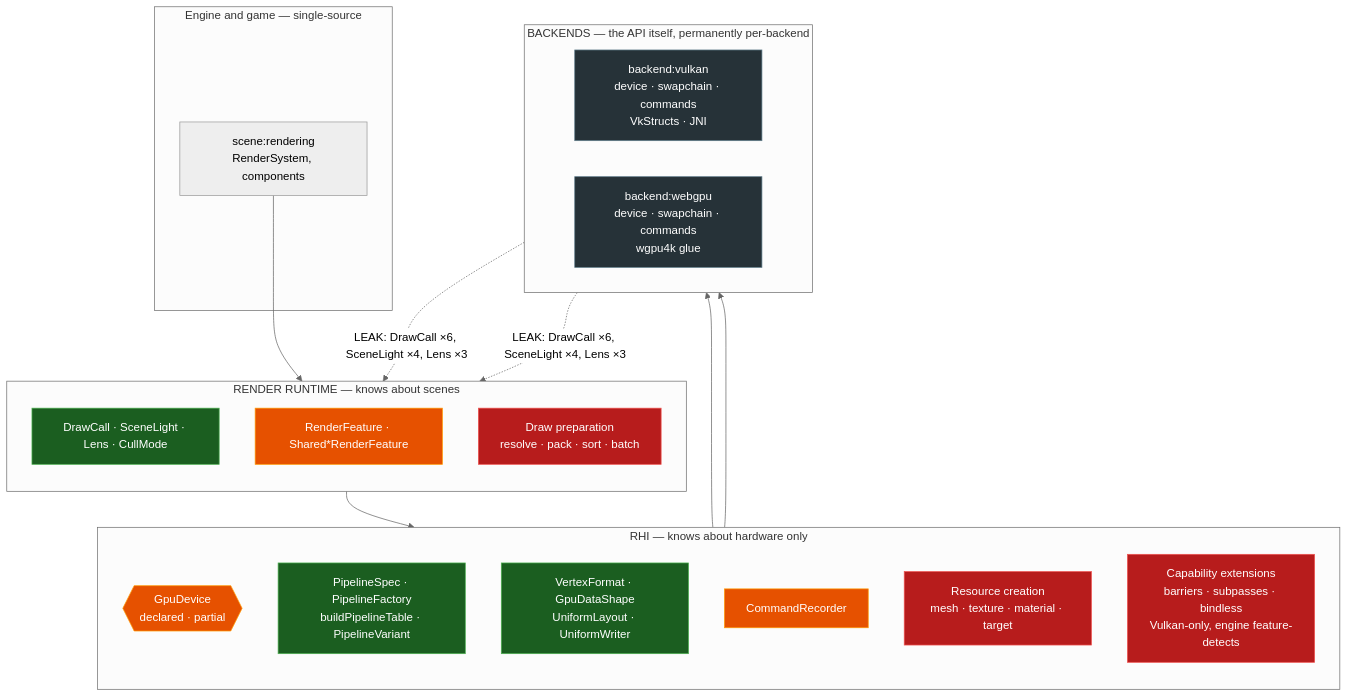
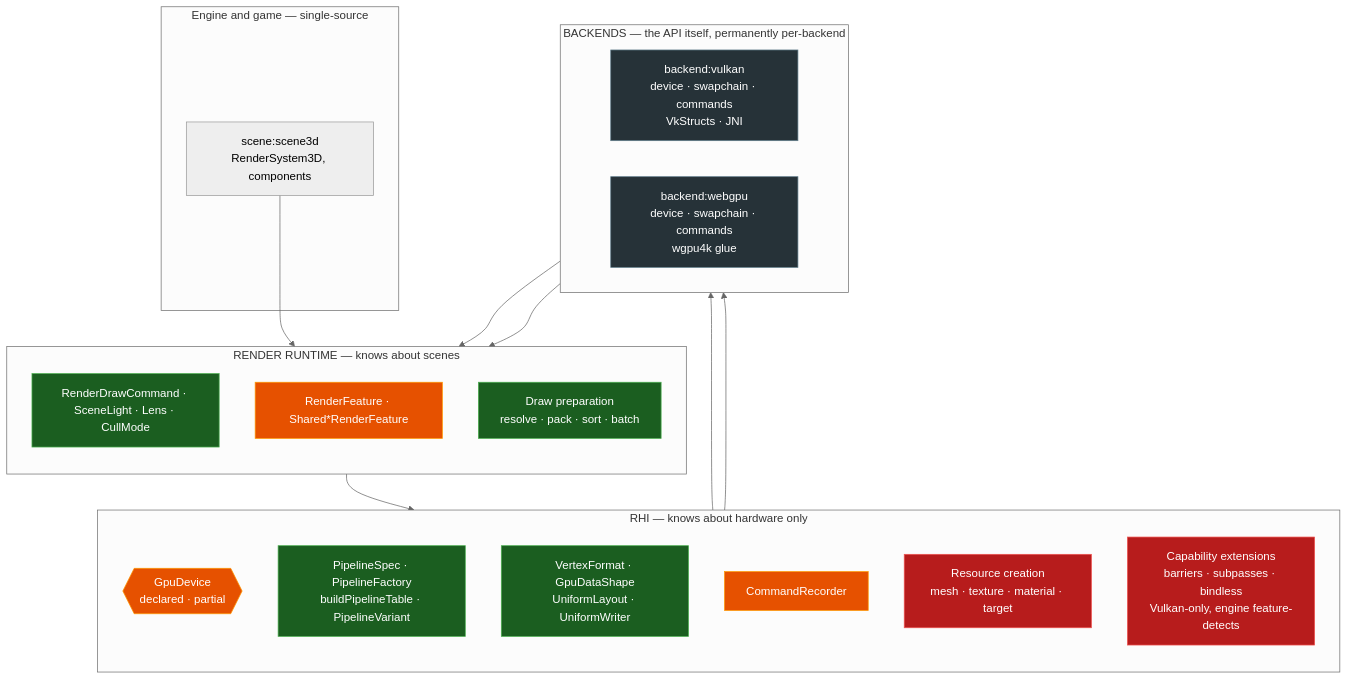
The diagram in docs/reference/render-hardware-interface.md (awakekt/awake), drawn with Mermaid (neutral theme) before and after one commit. The commit also changed other lines of this file and 34 other files, not shown here.

First line of the commit message:
docs: render architecture finalization, handoff, and verification reports

````diff
--- a/docs/reference/render-hardware-interface.md
+++ b/docs/reference/render-hardware-interface.md
@@ -126,42 +133,42 @@
 ```mermaid
 flowchart TB
     subgraph engine["Engine and game — single-source"]
-        scene["scene:rendering<br/>RenderSystem, components"]
+        scene["scene:scene3d<br/>RenderSystem3D, components"]
     end
 
     subgraph runtime["RENDER RUNTIME — knows about scenes"]
         direction TB
-        rt1["DrawCall · SceneLight · Lens · CullMode"]:::done
+        rt1["RenderDrawCommand · SceneLight · Lens · CullMode"]:::done
         rt2["RenderFeature · Shared*RenderFeature"]:::partial
-        rt3["Draw preparation<br/>resolve · pack · sort · batch"]:::missing
+        rt3["Draw preparation<br/>resolve · pack · sort · batch"]:::done
     end
 
     subgraph rhi["RHI — knows about hardware only"]
         direction TB
         facade{{"GpuDevice<br/>declared · partial"}}:::partial
         r1["PipelineSpec · PipelineFactory<br/>buildPipelineTable · PipelineVariant"]:::done
         r2["VertexFormat · GpuDataShape<br/>UniformLayout · UniformWriter"]:::done
         r3["CommandRecorder"]:::partial
         r4["Resource creation<br/>mesh · texture · material · target"]:::missing
         r5["Capability extensions<br/>barriers · subpasses · bindless<br/>Vulkan-only, engine feature-detects"]:::missing
     end
 
     subgraph backends["BACKENDS — the API itself, permanently per-backend"]
         direction LR
         vk["backend:vulkan<br/>device · swapchain · commands<br/>VkStructs · JNI"]:::floor
         wg["backend:webgpu<br/>device · swapchain · commands<br/>wgpu4k glue"]:::floor
     end
 
     scene --> runtime
     runtime --> rhi
     rhi --> vk
     rhi --> wg
 
-    vk -. "LEAK: DrawCall ×6, SceneLight ×4, Lens ×3" .-> runtime
-    wg -. "LEAK: DrawCall ×6, SceneLight ×4, Lens ×3" .-> runtime
+    vk --> runtime
+    wg --> runtime
 
     classDef done fill:#1b5e20,stroke:#4caf50,color:#fff
     classDef partial fill:#e65100,stroke:#ff9800,color:#fff
     classDef missing fill:#b71c1c,stroke:#ef5350,color:#fff
     classDef floor fill:#263238,stroke:#607d8b,color:#fff
 ```
````
